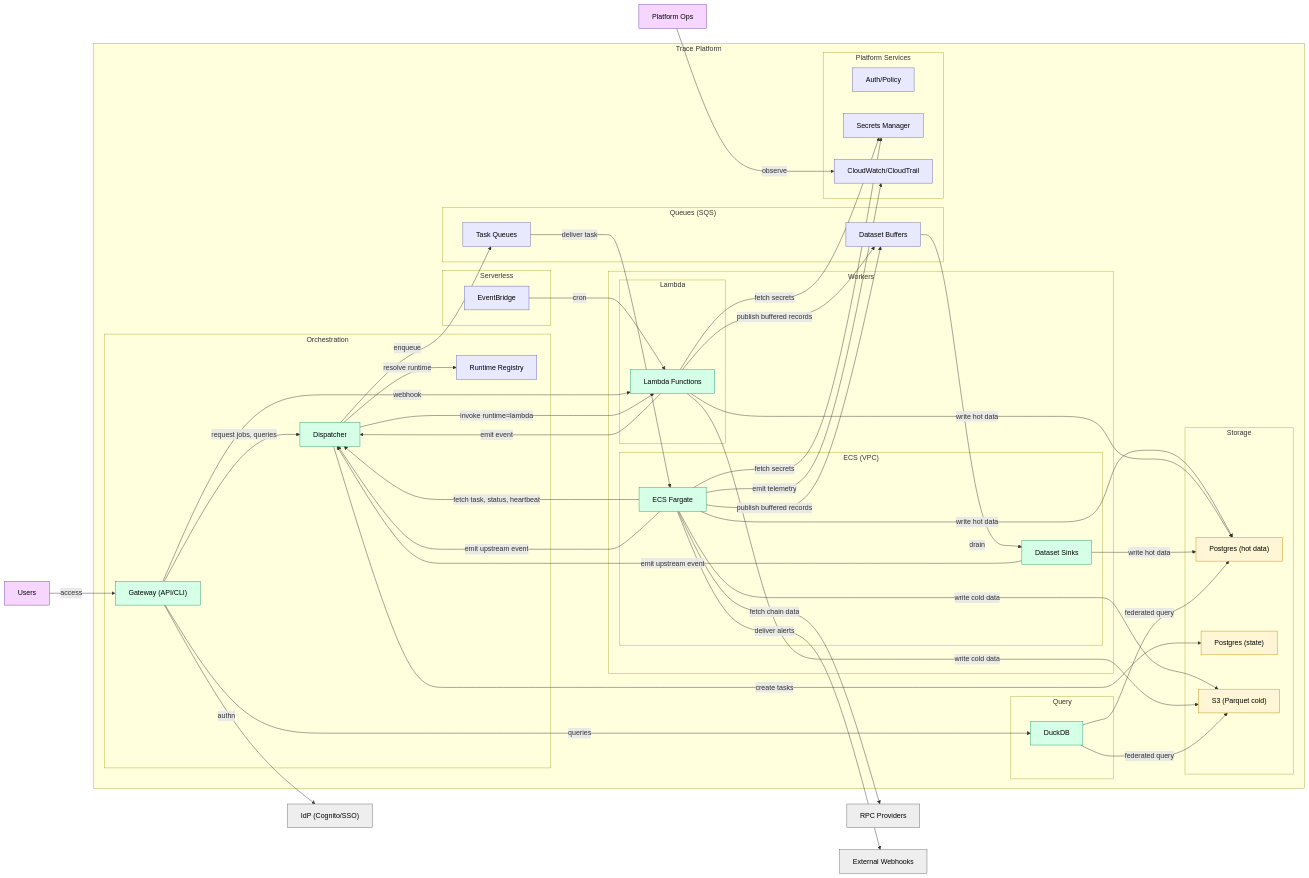
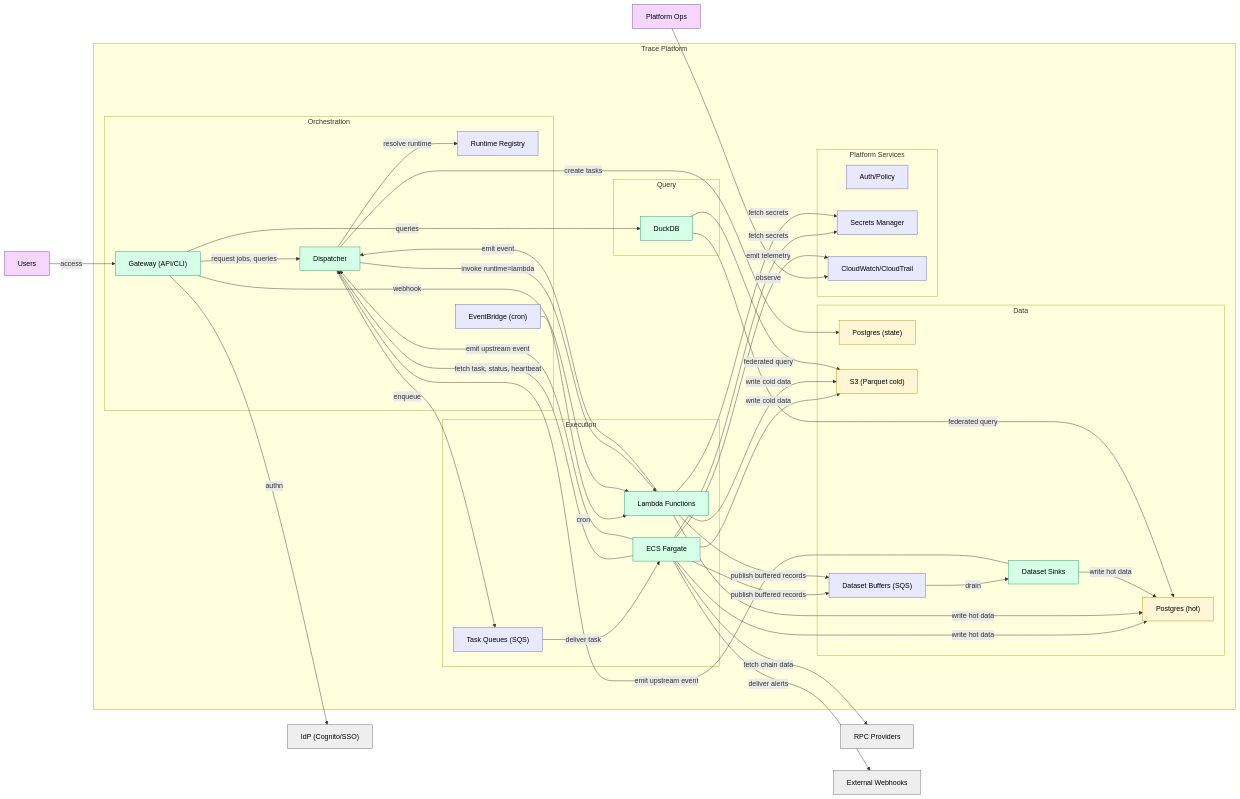
The second of 6 diagrams in docs/readme.md (c7121/trace), drawn with Mermaid before and after one commit.

Commit message:
diagram grouping

```diff
--- a/docs/readme.md
+++ b/docs/readme.md
@@ -111,27 +111,19 @@
             gateway["Gateway (API/CLI)"]:::container
             dispatcher["Dispatcher"]:::container
             registry["Runtime Registry"]:::infra
+            eventbridge["EventBridge (cron)"]:::infra
         end
-        subgraph Queues["Queues (SQS)"]
-            task_sqs["Task Queues"]:::infra
-            buffers["Dataset Buffers"]:::infra
+        subgraph Execution["Execution"]
+            task_sqs["Task Queues (SQS)"]:::infra
+            ecs_workers["ECS Fargate"]:::container
+            lambda["Lambda Functions"]:::container
         end
-        subgraph Workers["Workers"]
-            subgraph WorkersVPC["ECS (VPC)"]
-                ecs_workers["ECS Fargate"]:::container
-                sinks["Dataset Sinks"]:::container
-            end
-            subgraph WorkersLambda["Lambda"]
-                lambda["Lambda Functions"]:::container
-            end
-        end
-        subgraph Serverless["Serverless"]
-            eventbridge["EventBridge"]:::infra
-        end
-        subgraph Storage["Storage"]
-            postgres_hot["Postgres (hot data)"]:::database
+        subgraph Data["Data"]
             postgres_state["Postgres (state)"]:::database
+            postgres_hot["Postgres (hot)"]:::database
             s3["S3 (Parquet cold)"]:::database
+            buffers["Dataset Buffers (SQS)"]:::infra
+            sinks["Dataset Sinks"]:::container
         end
         subgraph Query["Query"]
             duckdb["DuckDB"]:::container
```
